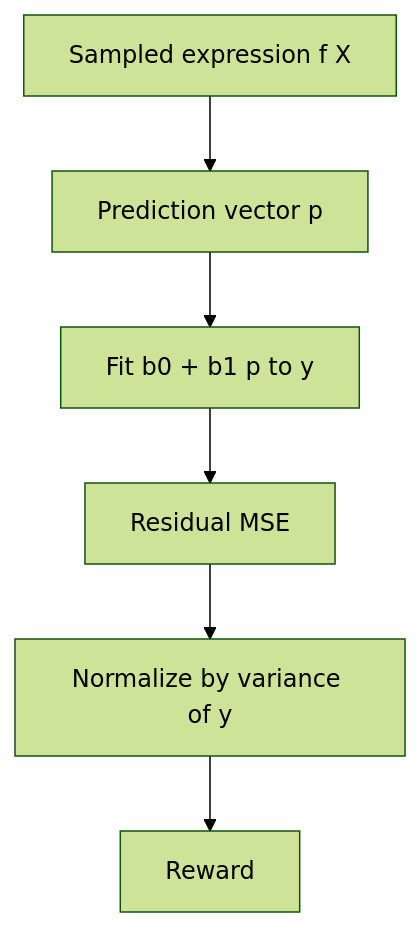
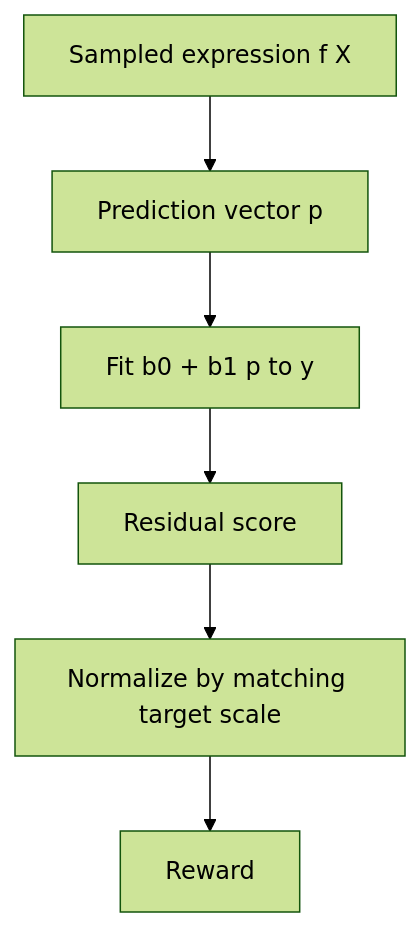
One commit to kpapmath/nsr-engine changed the fourth of 10 diagrams in docs/methodology.md. Above: the diagram before and after it, drawn with Mermaid (forest theme). The commit also changed other lines of this file and 6 other files, not shown here.

````diff
--- a/docs/methodology.md
+++ b/docs/methodology.md
@@ -134,8 +142,8 @@
 ```mermaid
 flowchart TD
     A[Sampled expression f X] --> B[Prediction vector p]
     B --> C[Fit b0 + b1 p to y]
-    C --> D[Residual MSE]
-    D --> E[Normalize by variance of y]
+    C --> D[Residual score]
+    D --> E[Normalize by matching target scale]
     E --> F[Reward]
 ```
````
